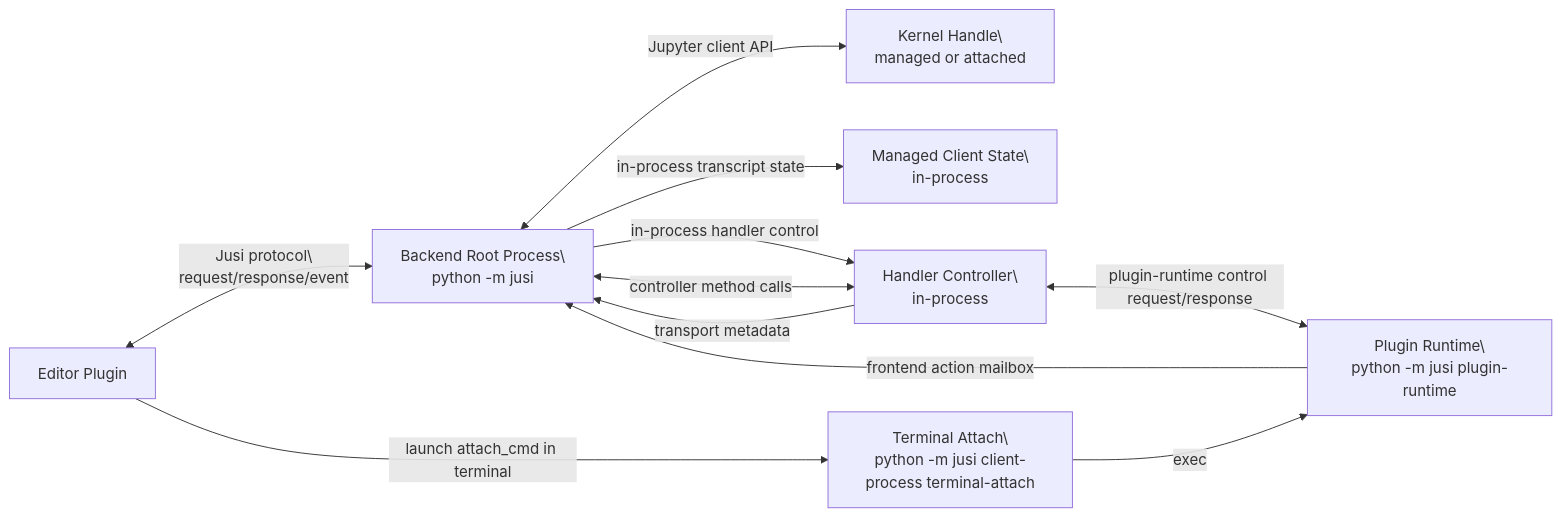
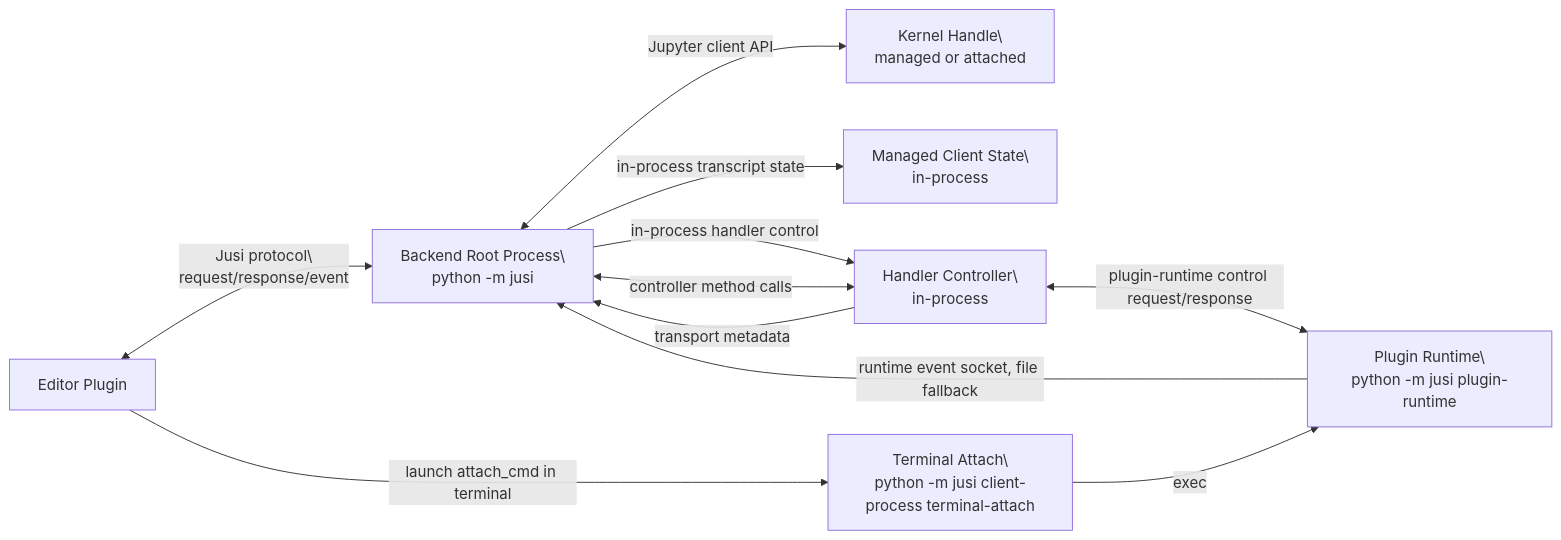
One commit to notawhaleble/jusi changed the first of 6 diagrams in docs/backend-map.md. Above: the diagram before and after it, drawn with Mermaid. The commit also changed other lines of this file and 12 other files, not shown here.

First line of the commit message:
Add plugin runtime event records and VisiData runtime dispatch

````diff
--- a/docs/backend-map.md
+++ b/docs/backend-map.md
@@ -141,21 +141,21 @@
 ```mermaid
 flowchart LR
     F[Editor Plugin]
     B[Backend Root Process\\npython -m jusi]
     K[Kernel Handle\\nmanaged or attached]
     C[Managed Client State\\nin-process]
     W[Handler Controller\\nin-process]
     T[Terminal Attach\\npython -m jusi client-process terminal-attach]
     P[Plugin Runtime\\npython -m jusi plugin-runtime]
 
     F <-->|Jusi protocol\\nrequest/response/event| B
     B <-->|Jupyter client API| K
     B -->|in-process transcript state| C
     B -->|in-process handler control| W
     W -->|transport metadata| B
     F -->|launch attach_cmd in terminal| T
     T -->|exec| P
     B <-->|controller method calls| W
     W <-->|plugin-runtime control request/response| P
-    P -->|frontend action mailbox| B
+    P -->|runtime event socket, file fallback| B
 ```
````
